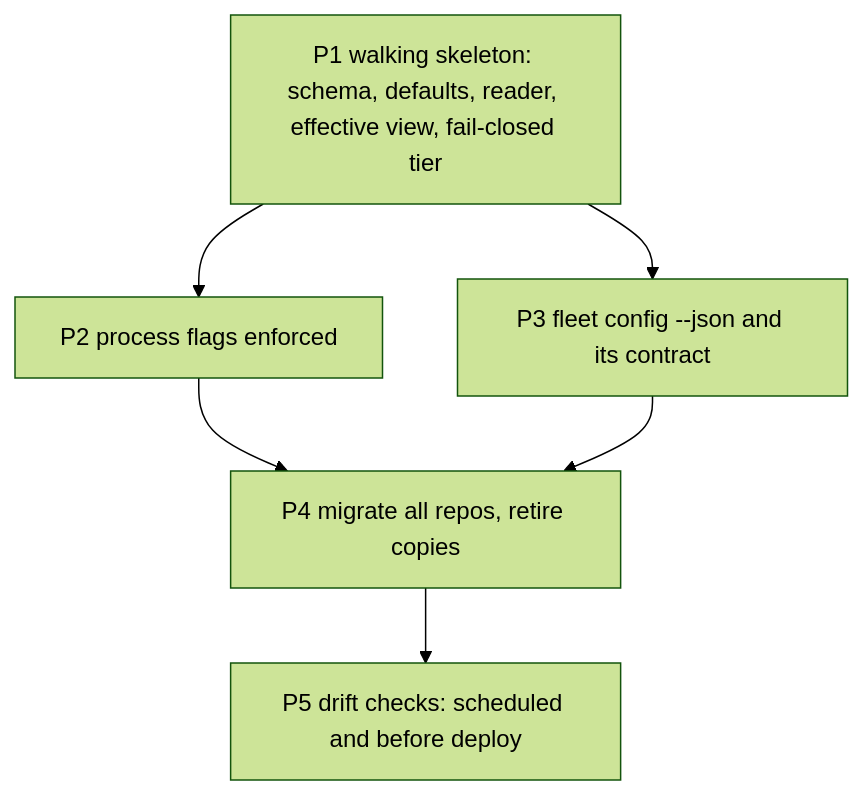
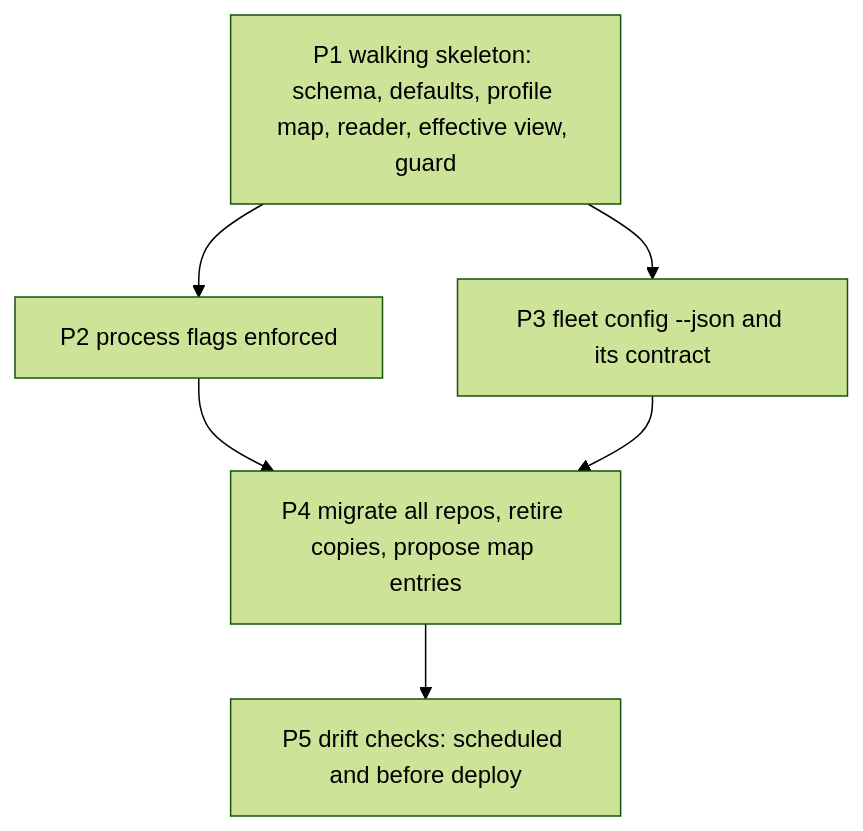
One commit to sibulus13/claudence changed the second of 2 diagrams in docs/work/project-manifest/README.md. Above: the diagram before and after it, drawn with Mermaid (forest theme). The commit also changed other lines of this file and 2 other files, not shown here.

````diff
--- a/docs/work/project-manifest/README.md
+++ b/docs/work/project-manifest/README.md
@@ -102,8 +115,8 @@
 ```mermaid
 flowchart TD
-  P1["P1 walking skeleton: schema, defaults, reader, effective view, fail-closed tier"] --> P2["P2 process flags enforced"]
+  P1["P1 walking skeleton: schema, defaults, profile map, reader, effective view, guard"] --> P2["P2 process flags enforced"]
   P1 --> P3["P3 fleet config --json and its contract"]
-  P2 --> P4["P4 migrate all repos, retire copies"]
+  P2 --> P4["P4 migrate all repos, retire copies, propose map entries"]
   P3 --> P4
   P4 --> P5["P5 drift checks: scheduled and before deploy"]
 ```
````
